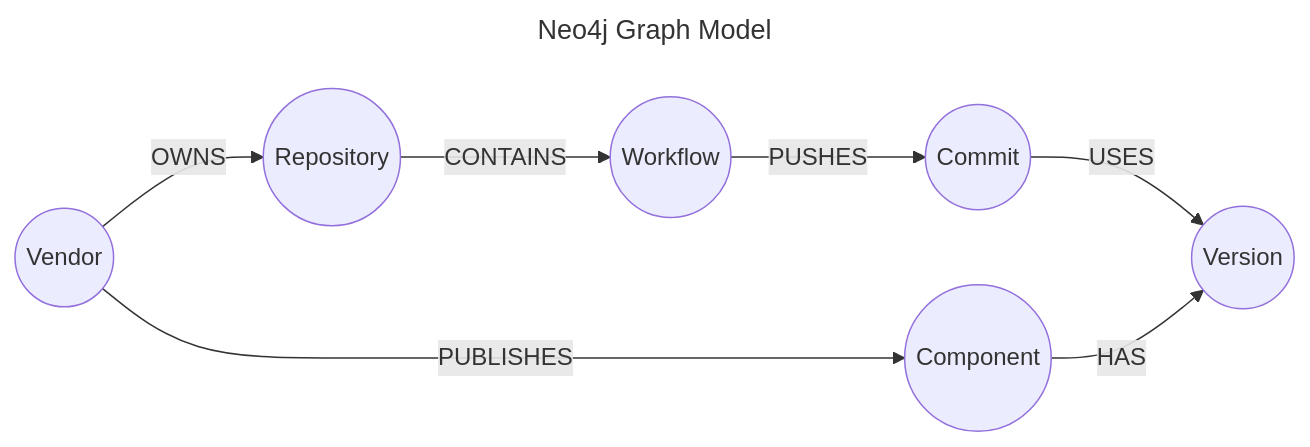
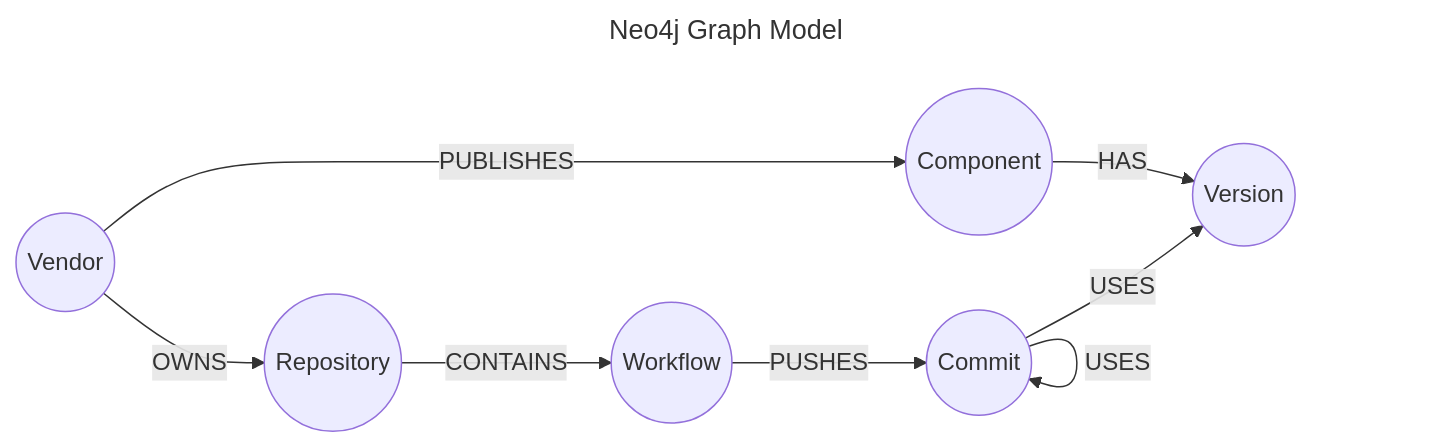
Before and after one commit to aegis-forge/kleio: the diagram in docs/mmd/neo.mmd, drawn with Mermaid. The commit also changed 1 other file, not shown here.

Commit message:
updated mmd model graphs

```diff
--- a/docs/mmd/neo.mmd
+++ b/docs/mmd/neo.mmd
@@ -1,17 +1,18 @@
 ---
 title: Neo4j Graph Model
 ---
 flowchart LR
     VENDOR((Vendor))
     REPOSITORY((Repository))
     WORKFLOW((Workflow))
     COMMIT((Commit))
     COMPONENT((Component))
     VERSION((Version))
 
     VENDOR -->|OWNS| REPOSITORY
     VENDOR -->|PUBLISHES| COMPONENT
     REPOSITORY -->|CONTAINS| WORKFLOW
     WORKFLOW -->|PUSHES| COMMIT
     COMMIT -->|USES| VERSION
+    COMMIT -->|USES| COMMIT
     COMPONENT -->|HAS| VERSION
```
